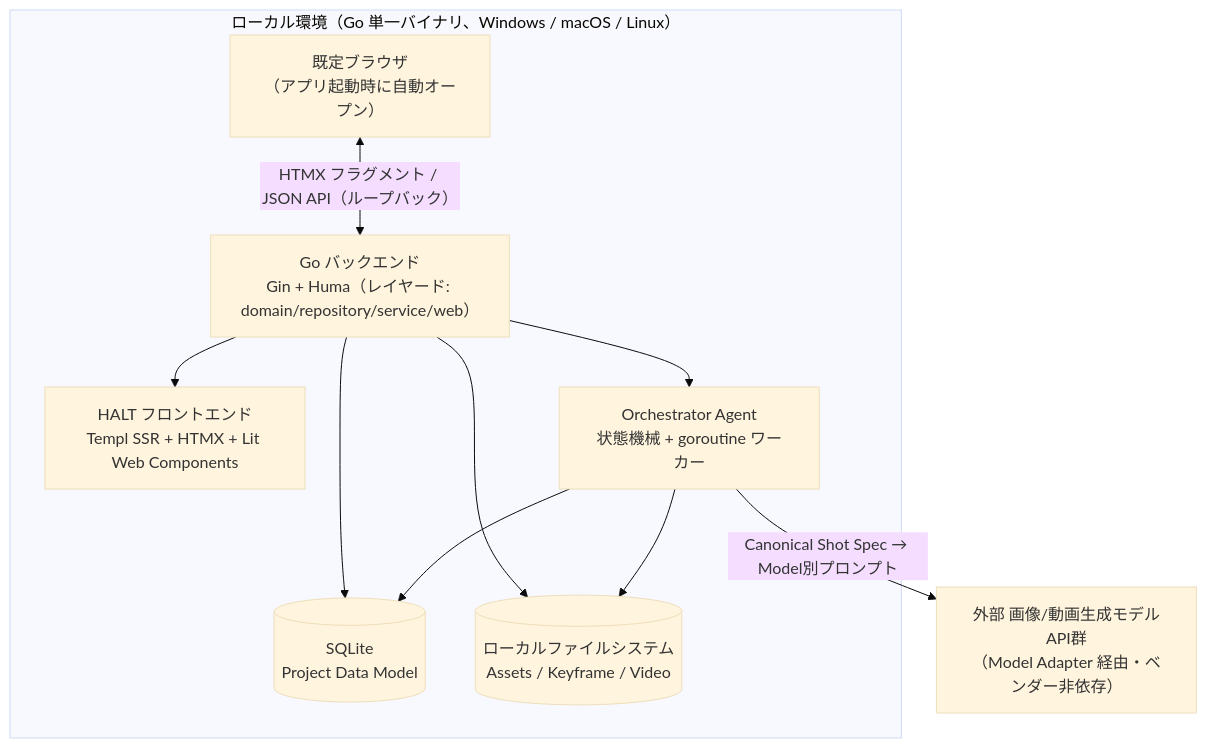
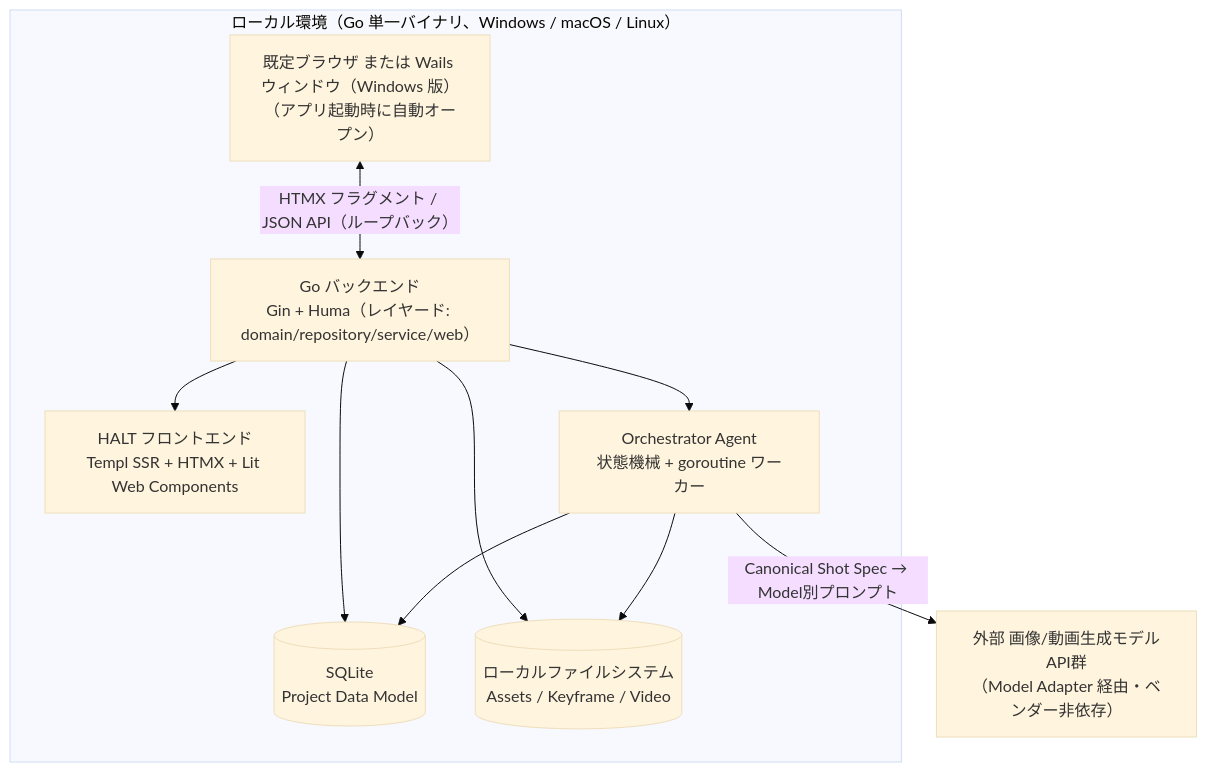
One commit to ousiassllc/mam changed the diagram in spec/overview.md. Above: the diagram before and after it, drawn with Mermaid (base theme). The commit also changed other lines of this file and 4 other files, not shown here.

Commit message:
docs: Windows ウィンドウ版(Wails)とインストーラー配布の仕様を追加 (#480)

````diff
--- a/spec/overview.md
+++ b/spec/overview.md
@@ -47,21 +48,21 @@
 ```mermaid
 flowchart TB
     subgraph Local["ローカル環境（Go 単一バイナリ、Windows / macOS / Linux）"]
-        Browser["既定ブラウザ<br/>（アプリ起動時に自動オープン）"]
+        Browser["既定ブラウザ または Wails ウィンドウ（Windows 版）<br/>（アプリ起動時に自動オープン）"]
         UI["HALT フロントエンド<br/>Templ SSR + HTMX + Lit Web Components"]
         Server["Go バックエンド<br/>Gin + Huma（レイヤード: domain/repository/service/web）"]
         Orchestrator["Orchestrator Agent<br/>状態機械 + goroutine ワーカー"]
         DB[("SQLite<br/>Project Data Model")]
         FS[("ローカルファイルシステム<br/>Assets / Keyframe / Video")]
     end
     ExtAPIs["外部 画像/動画生成モデルAPI群<br/>（Model Adapter 経由・ベンダー非依存）"]
 
     Browser <-->|HTMX フラグメント / JSON API（ループバック）| Server
     Server --> UI
     Server --> Orchestrator
     Orchestrator --> DB
     Orchestrator --> FS
     Orchestrator -->|Canonical Shot Spec → Model別プロンプト| ExtAPIs
     Server --> DB
     Server --> FS
 ```
````
